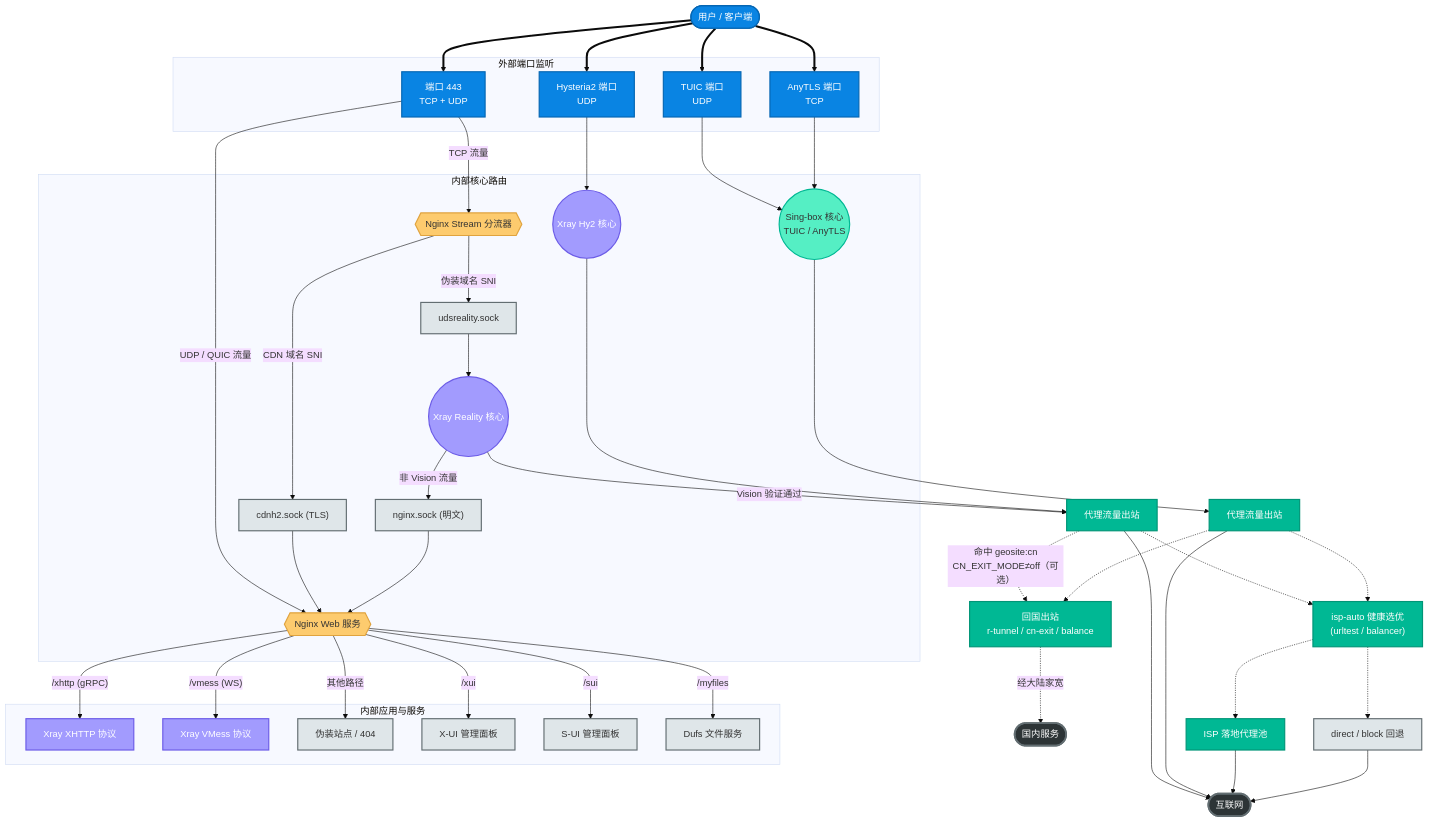
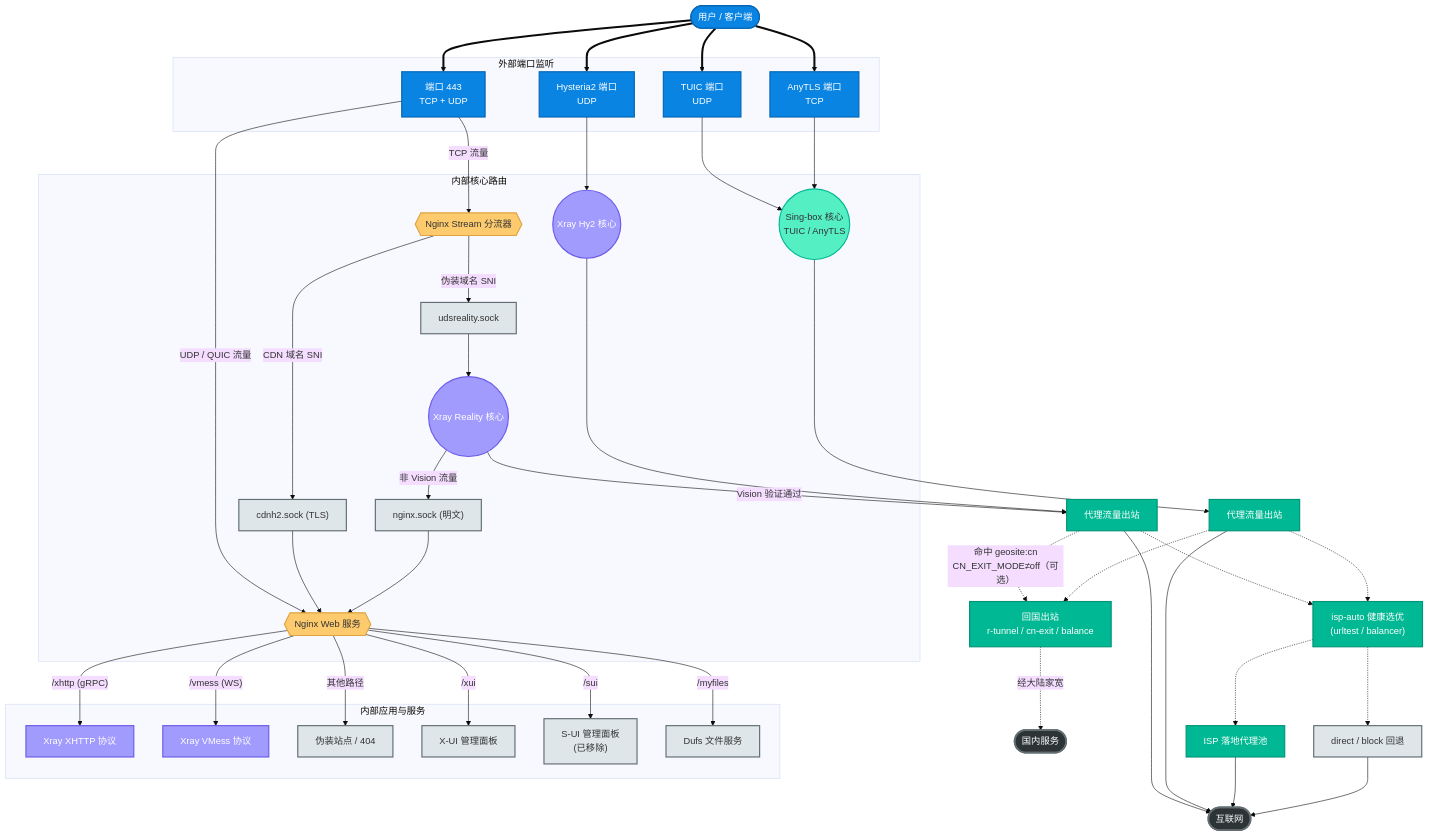
One commit to currycan/sb-xray changed the first of 11 diagrams in docs/01-architecture-and-traffic.md. Above: the diagram before and after it, drawn with Mermaid (base theme). The commit also changed other lines of this file and 2 other files, not shown here.

Commit message:
docs: 标注 x-ui 默认不启用与 s-ui 已废弃
- x-ui 实际由 docker-compose.yml 默认 ENABLE_XUI=false 关闭：在 readme
  降载速查表/组件表、docs/04 面板入口表与 §7.2 开关语义表标注「开箱默认不启用」，
  消除「默认开启」误导
- s-ui 已从镜像移除（代码层早以注释保留），文档仍把它当活面板展示且个别处
  标成默认 true：在 readme、docs/01 两张架构图、docs/04 相关表格补
  「已不再内置/已废弃/已移除」标注，保留原介绍仅作历史参考

````diff
--- a/docs/01-architecture-and-traffic.md
+++ b/docs/01-architecture-and-traffic.md
@@ -47,79 +47,79 @@
 ```mermaid
 flowchart TD
     classDef entry    fill:#0984e3,stroke:#0566b3,stroke-width:2px,color:#fff
     classDef gateway  fill:#fdcb6e,stroke:#e0a33e,stroke-width:2px,color:#333
     classDef xray     fill:#a29bfe,stroke:#6c5ce7,stroke-width:2px,color:#fff
     classDef sing     fill:#55efc4,stroke:#00b894,stroke-width:2px,color:#333
     classDef app      fill:#dfe6e9,stroke:#636e72,stroke-width:2px,color:#333
     classDef outbound fill:#00b894,stroke:#009577,stroke-width:2px,color:#fff
     classDef external fill:#2d3436,stroke:#636e72,stroke-width:3px,color:#fff
 
     User(["用户 / 客户端"]):::entry
 
     subgraph Ports ["外部端口监听"]
         P443["端口 443<br/>TCP + UDP"]:::entry
         PHysteria["Hysteria2 端口<br/>UDP"]:::entry
         PTuic["TUIC 端口<br/>UDP"]:::entry
         PAnyTLS["AnyTLS 端口<br/>TCP"]:::entry
     end
 
     User ==> P443
     User ==> PHysteria
     User ==> PTuic
     User ==> PAnyTLS
 
     subgraph Core ["内部核心路由"]
         NginxStream{{"Nginx Stream 分流器"}}:::gateway
         NginxWeb{{"Nginx Web 服务"}}:::gateway
         XrayReality(("Xray Reality 核心")):::xray
         XrayHy2(("Xray Hy2 核心")):::xray
         SingBox(("Sing-box 核心<br/>TUIC / AnyTLS")):::sing
         UDS_Reality["udsreality.sock"]:::app
         UDS_CDN["cdnh2.sock (TLS)"]:::app
         UDS_Nginx["nginx.sock (明文)"]:::app
     end
 
     P443 -- "TCP 流量" --> NginxStream
     P443 -- "UDP / QUIC 流量" --> NginxWeb
 
     NginxStream -- "伪装域名 SNI" --> UDS_Reality --> XrayReality
     NginxStream -- "CDN 域名 SNI" --> UDS_CDN --> NginxWeb
 
     XrayReality -- "Vision 验证通过" --> ProxyOut1["代理流量出站"]:::outbound
     XrayReality -- "非 Vision 流量" --> UDS_Nginx
     UDS_Nginx --> NginxWeb
 
     PHysteria --> XrayHy2 --> ProxyOut1
     PTuic --> SingBox
     PAnyTLS --> SingBox
     SingBox --> ProxyOut2["代理流量出站"]:::outbound
 
     ProxyOut1 -.-> ISPAuto["isp-auto 健康选优<br/>(urltest / balancer)"]:::outbound
     ProxyOut2 -.-> ISPAuto
     ISPAuto -.-> ISP["ISP 落地代理池"]:::outbound
     ISPAuto -.-> DirectFB["direct / block 回退"]:::app
     ProxyOut1 --> Internet(["互联网"]):::external
     ProxyOut2 --> Internet
     ISP --> Internet
     DirectFB --> Internet
 
     ProxyOut1 -. "命中 geosite:cn<br/>CN_EXIT_MODE≠off（可选）" .-> CNExit["回国出站<br/>r-tunnel / cn-exit / balance"]:::outbound
     ProxyOut2 -.-> CNExit
     CNExit -. "经大陆家宽" .-> CNHome(["国内服务"]):::external
 
     subgraph Apps ["内部应用与服务"]
         AppXHTTP["Xray XHTTP 协议"]:::xray
         AppVMess["Xray VMess 协议"]:::xray
         AppWeb["伪装站点 / 404"]:::app
         AppXUI["X-UI 管理面板"]:::app
-        AppSUI["S-UI 管理面板"]:::app
+        AppSUI["S-UI 管理面板<br/>(已移除)"]:::app
         AppFiles["Dufs 文件服务"]:::app
     end
 
     NginxWeb -- "/xhttp (gRPC)" --> AppXHTTP
     NginxWeb -- "/vmess (WS)" --> AppVMess
     NginxWeb -- "/xui" --> AppXUI
     NginxWeb -- "/sui" --> AppSUI
     NginxWeb -- "/myfiles" --> AppFiles
     NginxWeb -- "其他路径" --> AppWeb
 ```
````
